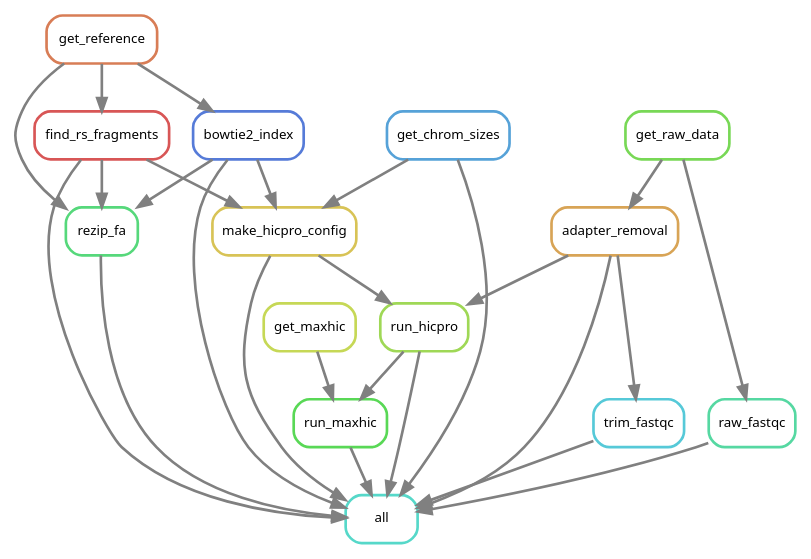
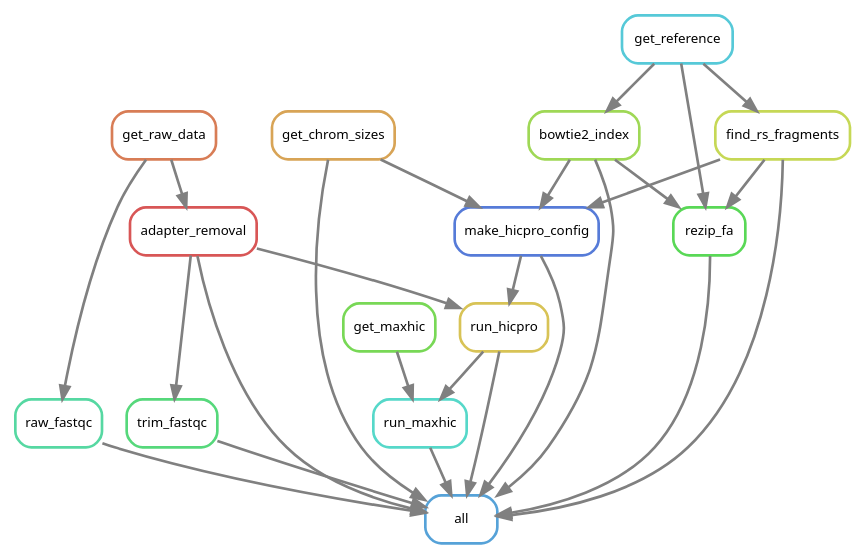
The diagram in output/rulegraph.dot (DRMCRL/ENCODE_T47D_HiC_ENCSR549MGQ), drawn with Graphviz before and after one commit. The commit also changed 3 other files, not shown here.

```diff
--- a/output/rulegraph.dot
+++ b/output/rulegraph.dot
@@ -1,44 +1,44 @@
 digraph snakemake_dag {
     graph[bgcolor=white, margin=0];
     node[shape=box, style=rounded, fontname=sans,                 fontsize=10, penwidth=2];
     edge[penwidth=2, color=grey];
-	0[label = "all", color = "0.48 0.6 0.85", style="rounded"];
-	1[label = "trim_fastqc", color = "0.52 0.6 0.85", style="rounded"];
-	2[label = "bowtie2_index", color = "0.62 0.6 0.85", style="rounded"];
-	3[label = "run_hicpro", color = "0.24 0.6 0.85", style="rounded"];
-	4[label = "rezip_fa", color = "0.38 0.6 0.85", style="rounded"];
+	0[label = "all", color = "0.57 0.6 0.85", style="rounded"];
+	1[label = "get_chrom_sizes", color = "0.10 0.6 0.85", style="rounded"];
+	2[label = "find_rs_fragments", color = "0.19 0.6 0.85", style="rounded"];
+	3[label = "bowtie2_index", color = "0.24 0.6 0.85", style="rounded"];
+	4[label = "rezip_fa", color = "0.33 0.6 0.85", style="rounded"];
 	5[label = "raw_fastqc", color = "0.43 0.6 0.85", style="rounded"];
-	6[label = "find_rs_fragments", color = "0.00 0.6 0.85", style="rounded"];
-	7[label = "adapter_removal", color = "0.10 0.6 0.85", style="rounded"];
-	8[label = "run_maxhic", color = "0.33 0.6 0.85", style="rounded"];
-	9[label = "make_hicpro_config", color = "0.14 0.6 0.85", style="rounded"];
-	10[label = "get_chrom_sizes", color = "0.57 0.6 0.85", style="rounded"];
-	11[label = "get_reference", color = "0.05 0.6 0.85", style="rounded"];
-	12[label = "get_raw_data", color = "0.29 0.6 0.85", style="rounded"];
-	13[label = "get_maxhic", color = "0.19 0.6 0.85", style="rounded"];
+	6[label = "trim_fastqc", color = "0.38 0.6 0.85", style="rounded"];
+	7[label = "adapter_removal", color = "0.00 0.6 0.85", style="rounded"];
+	8[label = "make_hicpro_config", color = "0.62 0.6 0.85", style="rounded"];
+	9[label = "run_hicpro", color = "0.14 0.6 0.85", style="rounded"];
+	10[label = "run_maxhic", color = "0.48 0.6 0.85", style="rounded"];
+	11[label = "get_reference", color = "0.52 0.6 0.85", style="rounded"];
+	12[label = "get_raw_data", color = "0.05 0.6 0.85", style="rounded"];
+	13[label = "get_maxhic", color = "0.29 0.6 0.85", style="rounded"];
+	7 -> 0
+	1 -> 0
+	9 -> 0
+	2 -> 0
+	3 -> 0
+	4 -> 0
 	6 -> 0
-	7 -> 0
-	9 -> 0
-	3 -> 0
+	5 -> 0
+	10 -> 0
 	8 -> 0
-	4 -> 0
-	5 -> 0
-	1 -> 0
-	10 -> 0
-	2 -> 0
-	7 -> 1
 	11 -> 2
-	9 -> 3
-	7 -> 3
-	6 -> 4
+	11 -> 3
 	11 -> 4
 	2 -> 4
+	3 -> 4
 	12 -> 5
-	11 -> 6
+	7 -> 6
 	12 -> 7
+	2 -> 8
 	3 -> 8
-	13 -> 8
-	6 -> 9
-	2 -> 9
-	10 -> 9
+	1 -> 8
+	7 -> 9
+	8 -> 9
+	9 -> 10
+	13 -> 10
 }            
```
